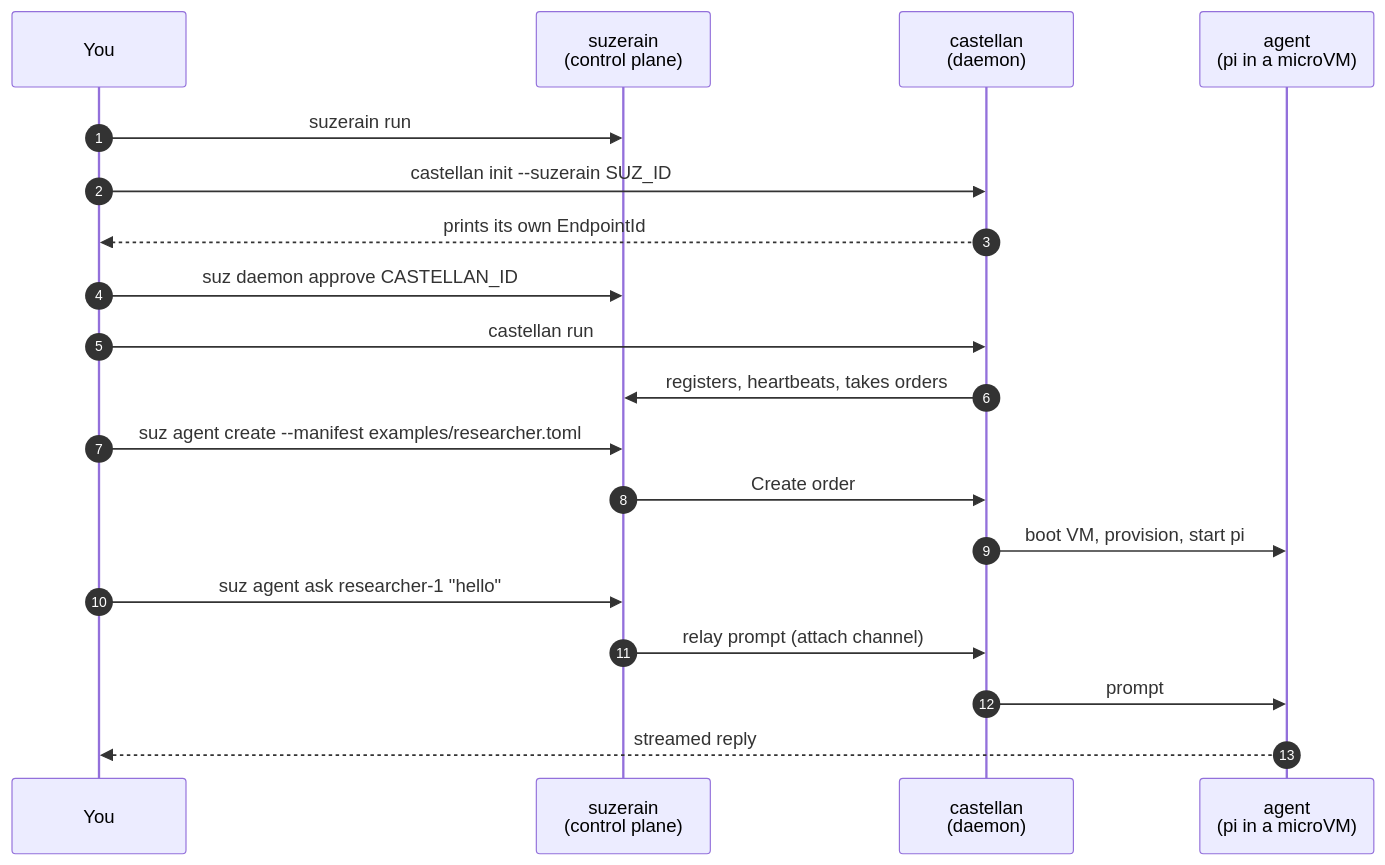
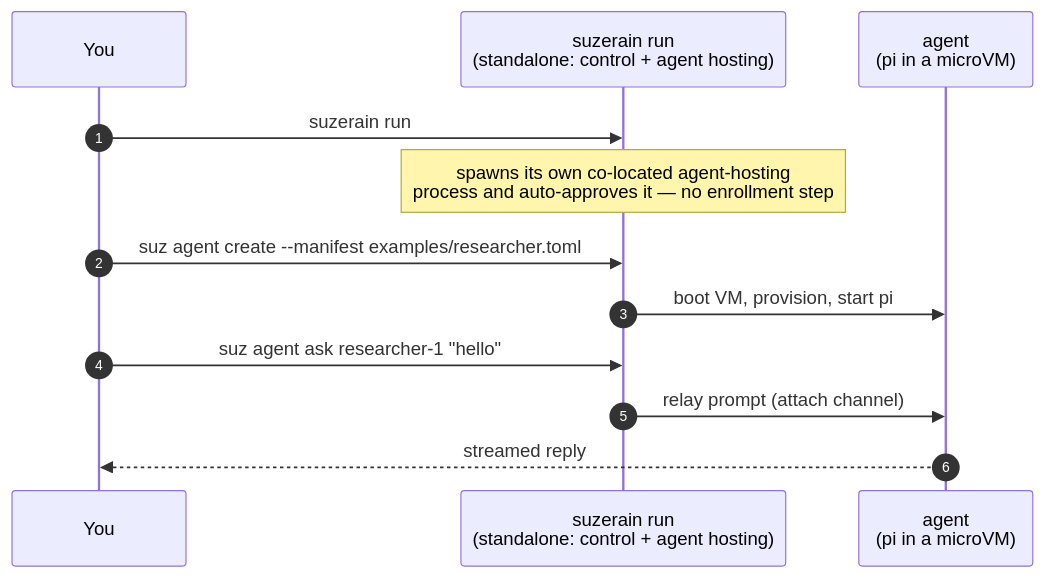
One commit to Shakakai/suzerain changed the second of 4 diagrams in README.md. Above: the diagram before and after it, drawn with Mermaid. The commit also changed other lines of this file and 57 other files, not shown here.

First line of the commit message:
Unify suzerain/castellan into one binary, one client API

````diff
--- a/README.md
+++ b/README.md
@@ -110,21 +122,14 @@
 ```mermaid
 sequenceDiagram
     autonumber
     participant You
-    participant S as suzerain<br/>(control plane)
-    participant C as castellan<br/>(daemon)
+    participant S as suzerain run<br/>(standalone: control + agent hosting)
     participant A as agent<br/>(pi in a microVM)
     You->>S: suzerain run
-    You->>C: castellan init --suzerain SUZ_ID
-    C-->>You: prints its own EndpointId
-    You->>S: suz daemon approve CASTELLAN_ID
-    You->>C: castellan run
-    C->>S: registers, heartbeats, takes orders
+    Note over S: spawns its own co-located agent-hosting<br/>process and auto-approves it — no enrollment step
     You->>S: suz agent create --manifest examples/researcher.toml
-    S->>C: Create order
-    C->>A: boot VM, provision, start pi
+    S->>A: boot VM, provision, start pi
     You->>S: suz agent ask researcher-1 "hello"
-    S->>C: relay prompt (attach channel)
-    C->>A: prompt
+    S->>A: relay prompt (attach channel)
     A-->>You: streamed reply
 ```
````
